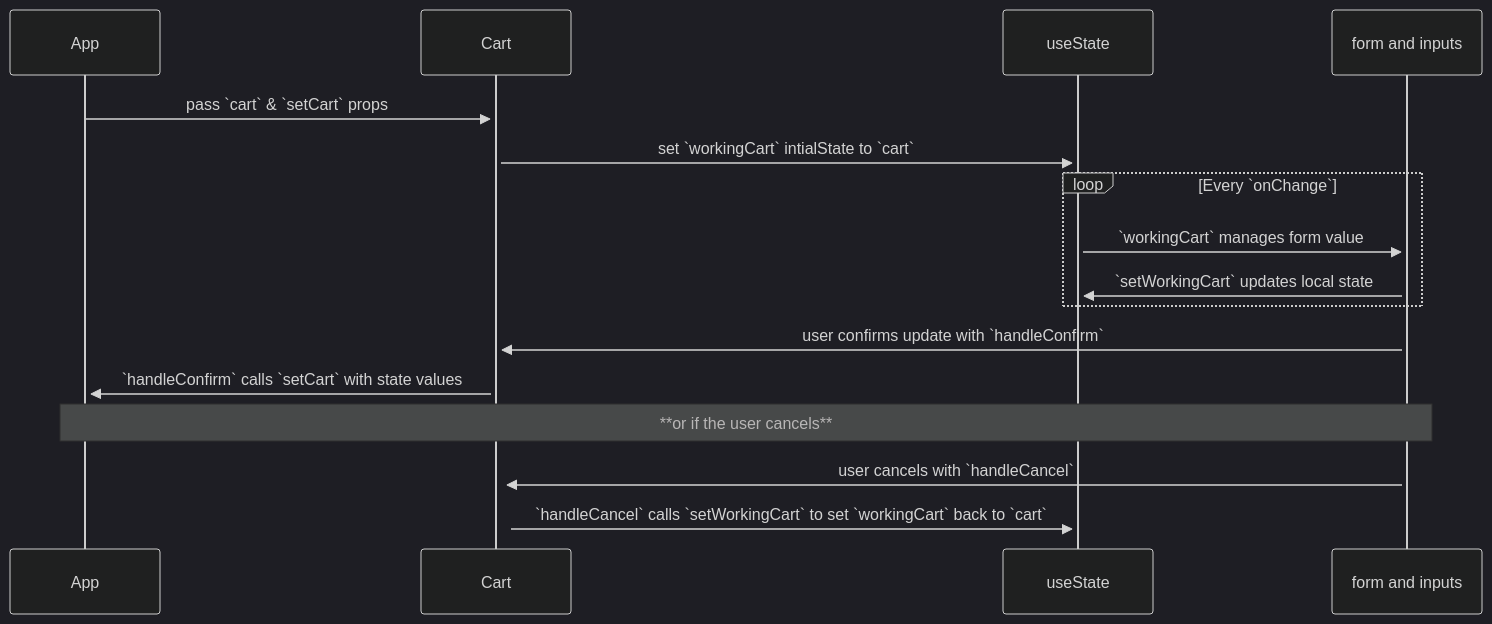
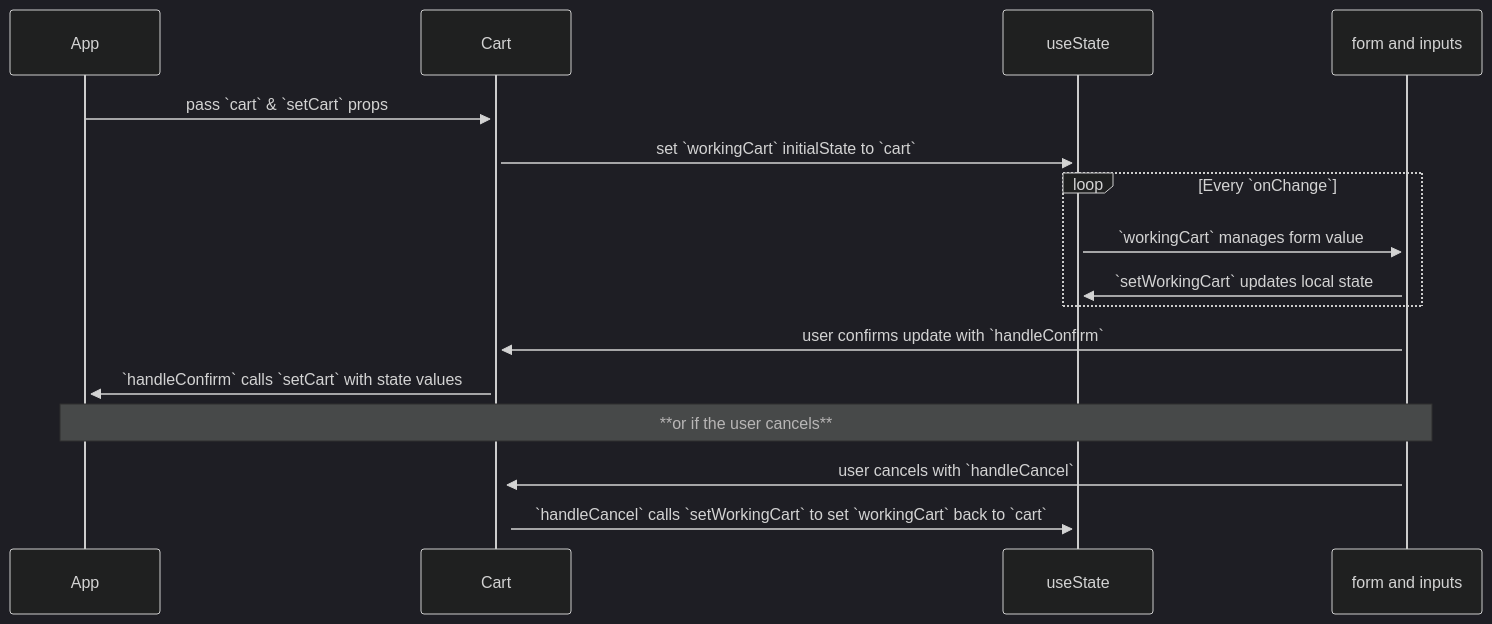
Before and after one commit to Code-the-Dream-School/react-curriculum-v3: the second of 2 diagrams in learns-app-content/lessons/week-05.md, drawn with Mermaid (dark theme). The commit also changed other lines of this file and 33 other files, not shown here.

````diff
--- a/learns-app-content/lessons/week-05.md
+++ b/learns-app-content/lessons/week-05.md
@@ -740,15 +751,15 @@
 ```mermaid
 sequenceDiagram
-    App->>+Cart: pass `cart` & `setCart` props 
-    Cart->>+useState: set `workingCart` intialState to `cart`
+    App->>+Cart: pass `cart` & `setCart` props
+    Cart->>+useState: set `workingCart` initialState to `cart`
     participant form as form and inputs
-    loop Every `onChange` 
+    loop Every `onChange`
         useState->>+form: `workingCart` manages form value
         form->>+useState: `setWorkingCart` updates local state
     end
         form->>+Cart: user confirms update with `handleConfirm`
     Cart->>+App: `handleConfirm` calls `setCart` with state values
     Note over App,form: **or if the user cancels**
     form->>+Cart: user cancels with `handleCancel`
     Cart->>+useState:  `handleCancel` calls `setWorkingCart` to set `workingCart` back to `cart`
 ```
````
